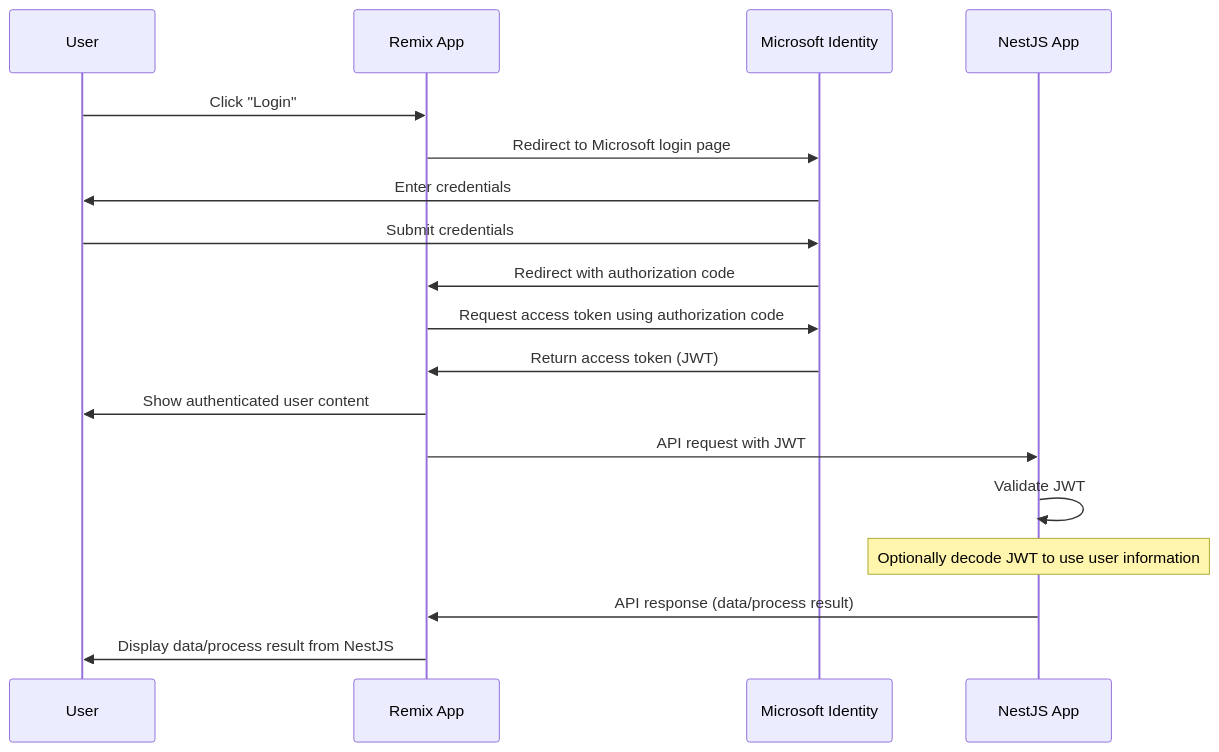
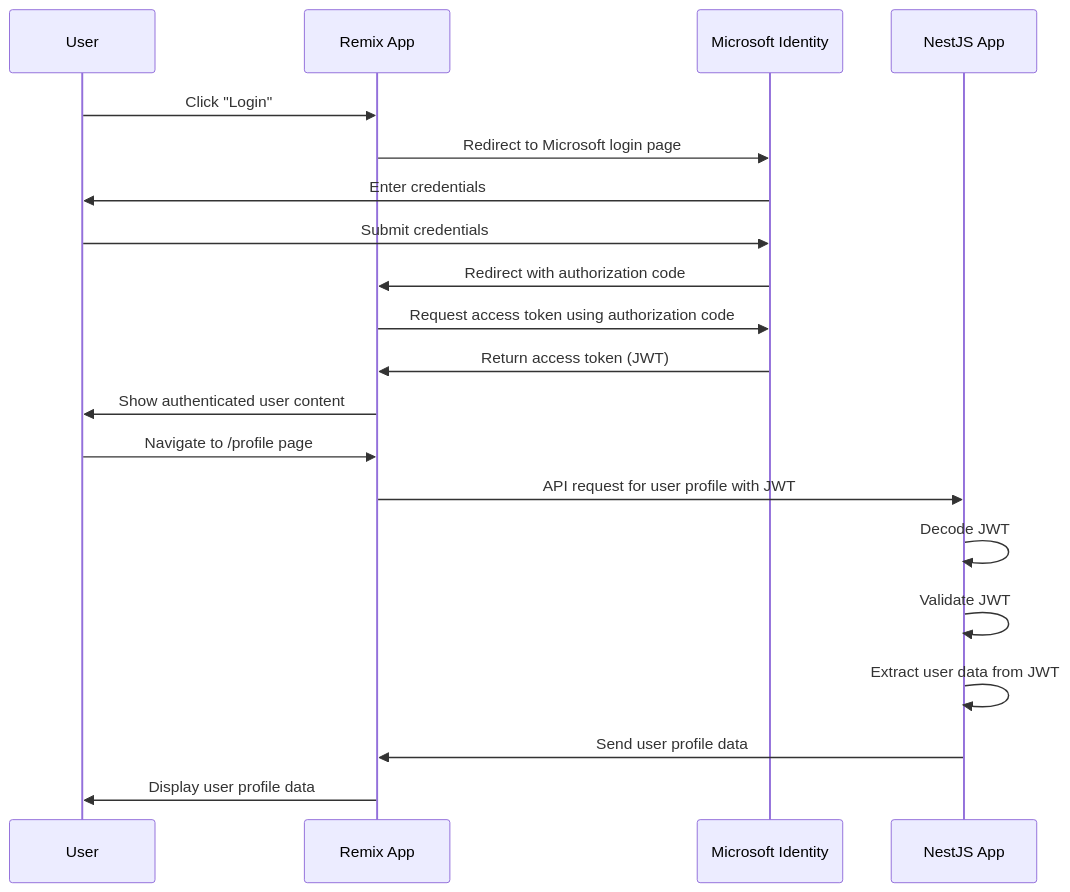
Before and after one commit to sitek94/remix-nestjs-sso-poc: the diagram in README.md, drawn with Mermaid. The commit also changed other lines of this file, not shown here.

````diff
--- a/README.md
+++ b/README.md
@@ -5,21 +11,23 @@
 ```mermaid
 sequenceDiagram
     participant User as User
     participant Remix as Remix App
     participant MS as Microsoft Identity
     participant NestJS as NestJS App
 
     User->>Remix: Click "Login"
     Remix->>MS: Redirect to Microsoft login page
     MS->>User: Enter credentials
     User->>MS: Submit credentials
     MS->>Remix: Redirect with authorization code
     Remix->>MS: Request access token using authorization code
     MS->>Remix: Return access token (JWT)
     Remix->>User: Show authenticated user content
-    Remix->>NestJS: API request with JWT
+    User->>Remix: Navigate to /profile page
+    Remix->>NestJS: API request for user profile with JWT
+    NestJS->>NestJS: Decode JWT
     NestJS->>NestJS: Validate JWT
-    Note over NestJS: Optionally decode JWT to use user information
-    NestJS->>Remix: API response (data/process result)
-    Remix->>User: Display data/process result from NestJS
+    NestJS->>NestJS: Extract user data from JWT
+    NestJS->>Remix: Send user profile data
+    Remix->>User: Display user profile data
 ```
````
